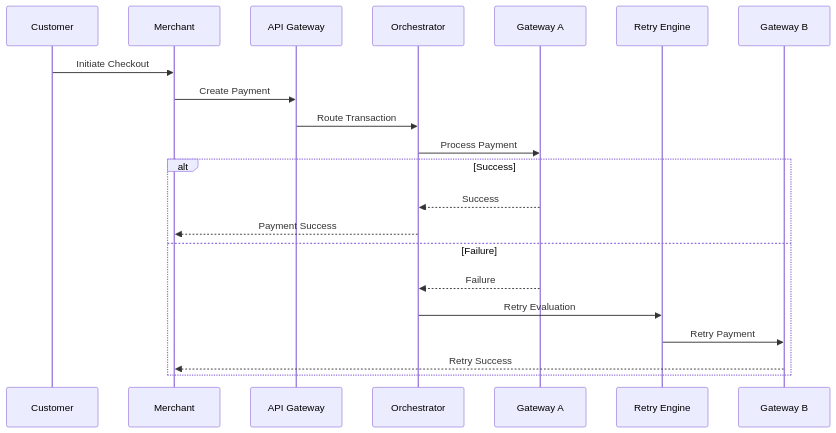
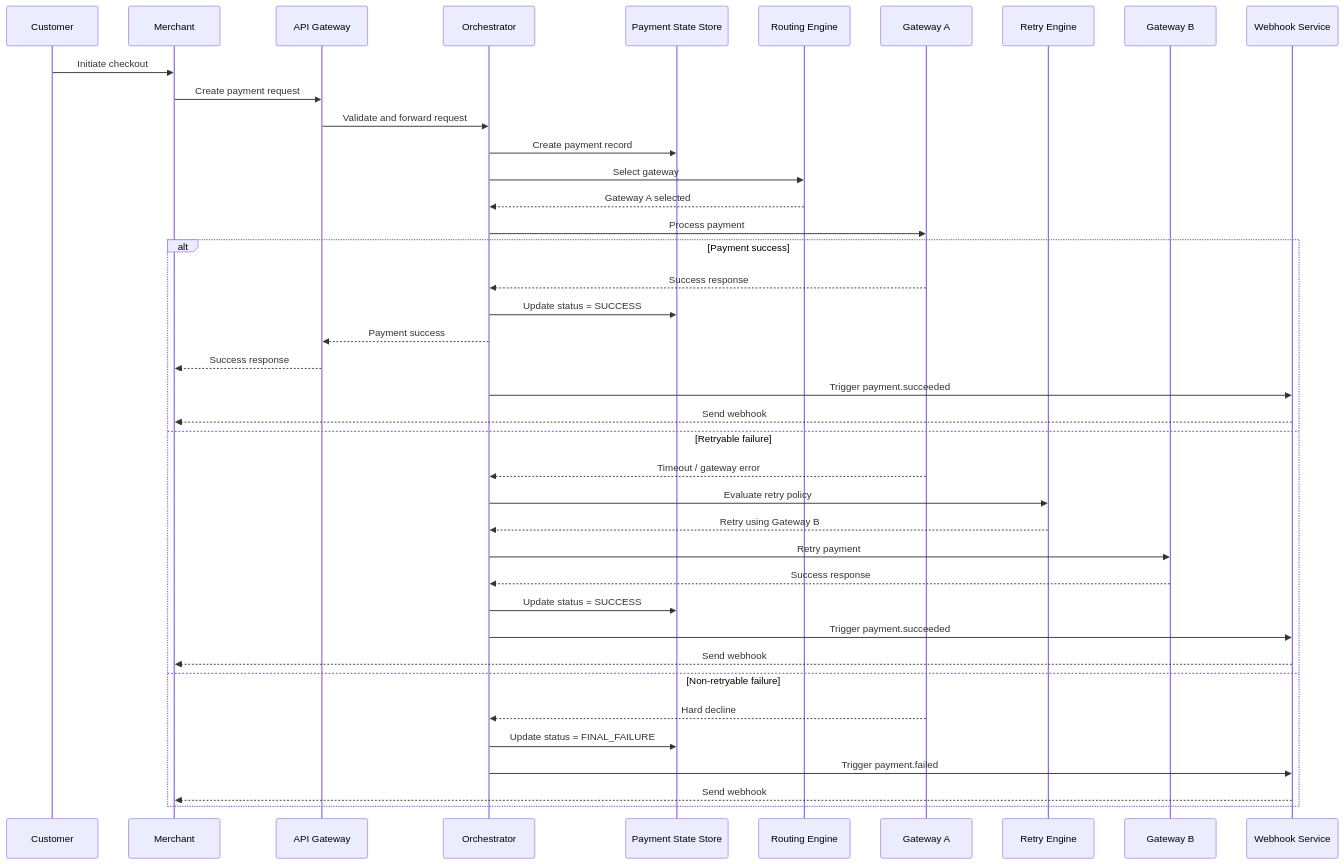
One commit to ankitpmtech/payment-orchestration-case-study changed the third of 3 diagrams in README.md. Above: the diagram before and after it, drawn with Mermaid. The commit also changed other lines of this file, not shown here.

````diff
--- a/README.md
+++ b/README.md
@@ -127,19 +303,47 @@
 ```mermaid
 sequenceDiagram
 
-Customer->>Merchant: Initiate Checkout
-Merchant->>API Gateway: Create Payment
-API Gateway->>Orchestrator: Route Transaction
-Orchestrator->>Gateway A: Process Payment
+participant Customer
+participant Merchant
+participant API as API Gateway
+participant Orchestrator
+participant DB as Payment State Store
+participant Routing as Routing Engine
+participant GatewayA as Gateway A
+participant Retry as Retry Engine
+participant GatewayB as Gateway B
+participant Webhook as Webhook Service
 
-alt Success
-Gateway A-->>Orchestrator: Success
-Orchestrator-->>Merchant: Payment Success
+Customer->>Merchant: Initiate checkout
+Merchant->>API: Create payment request
+API->>Orchestrator: Validate and forward request
+Orchestrator->>DB: Create payment record
+Orchestrator->>Routing: Select gateway
+Routing-->>Orchestrator: Gateway A selected
+Orchestrator->>GatewayA: Process payment
 
-else Failure
-Gateway A-->>Orchestrator: Failure
-Orchestrator->>Retry Engine: Retry Evaluation
-Retry Engine->>Gateway B: Retry Payment
-Gateway B-->>Merchant: Retry Success
+alt Payment success
+    GatewayA-->>Orchestrator: Success response
+    Orchestrator->>DB: Update status = SUCCESS
+    Orchestrator-->>API: Payment success
+    API-->>Merchant: Success response
+    Orchestrator->>Webhook: Trigger payment.succeeded
+    Webhook-->>Merchant: Send webhook
+
+else Retryable failure
+    GatewayA-->>Orchestrator: Timeout / gateway error
+    Orchestrator->>Retry: Evaluate retry policy
+    Retry-->>Orchestrator: Retry using Gateway B
+    Orchestrator->>GatewayB: Retry payment
+    GatewayB-->>Orchestrator: Success response
+    Orchestrator->>DB: Update status = SUCCESS
+    Orchestrator->>Webhook: Trigger payment.succeeded
+    Webhook-->>Merchant: Send webhook
+
+else Non-retryable failure
+    GatewayA-->>Orchestrator: Hard decline
+    Orchestrator->>DB: Update status = FINAL_FAILURE
+    Orchestrator->>Webhook: Trigger payment.failed
+    Webhook-->>Merchant: Send webhook
 end
 ```
````
